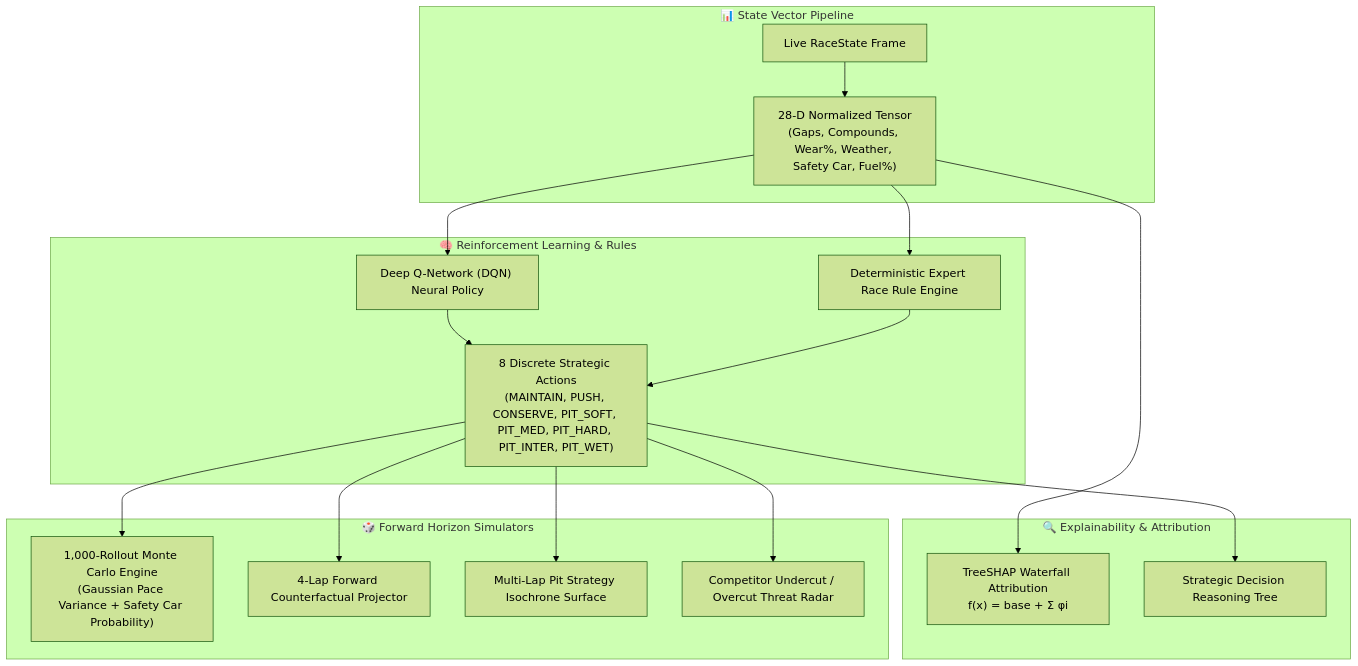
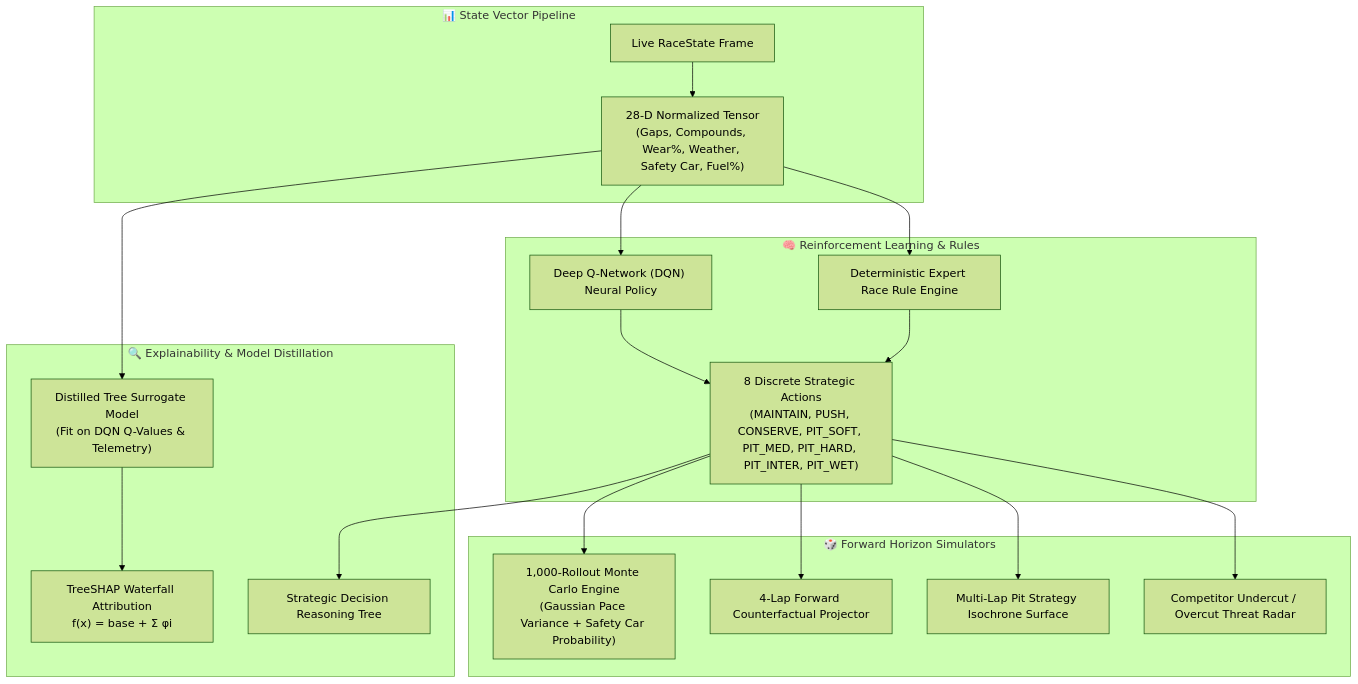
Before and after one commit to Susil-commits/F1-s-APEX----Autonomous-Predictive-EXecutive-Race-Intelligence-: the third of 6 diagrams in README.md, drawn with Mermaid (forest theme). The commit also changed other lines of this file and 20 other files, not shown here.

First line of the commit message:
feat: multi-action TreeSHAP distillation, live scenario injection, counterfactual forking, and multi-circuit benchmarks

````diff
--- a/README.md
+++ b/README.md
@@ -130,37 +130,39 @@
 ```mermaid
 flowchart TD
     subgraph InputVector ["📊 State Vector Pipeline"]
         RawState["Live RaceState Frame"]
         Feat28["28-D Normalized Tensor<br/>(Gaps, Compounds, Wear%, Weather, Safety Car, Fuel%)"]
         RawState --> Feat28
     end
 
     subgraph InferenceDecision ["🧠 Reinforcement Learning & Rules"]
         DQN["Deep Q-Network (DQN) Neural Policy"]
         RuleEng["Deterministic Expert Race Rule Engine"]
         ActionSpace["8 Discrete Strategic Actions<br/>(MAINTAIN, PUSH, CONSERVE, PIT_SOFT, PIT_MED, PIT_HARD, PIT_INTER, PIT_WET)"]
         Feat28 --> DQN
         Feat28 --> RuleEng
         DQN --> ActionSpace
         RuleEng --> ActionSpace
     end
 
-    subgraph ExplainabilityXAI ["🔍 Explainability & Attribution"]
+    subgraph ExplainabilityXAI ["🔍 Explainability & Model Distillation"]
+        DistilledSurrogate["Distilled Tree Surrogate Model<br/>(Fit on DQN Q-Values & Telemetry)"]
         SHAP["TreeSHAP Waterfall Attribution<br/>f(x) = base + &Sigma; &phi;i"]
         TreeReason["Strategic Decision Reasoning Tree"]
-        Feat28 --> SHAP
+        Feat28 --> DistilledSurrogate
+        DistilledSurrogate --> SHAP
         ActionSpace --> TreeReason
     end
 
     subgraph StochasticForward ["🎲 Forward Horizon Simulators"]
         MonteCarlo["1,000-Rollout Monte Carlo Engine<br/>(Gaussian Pace Variance + Safety Car Probability)"]
         Counterfactual["4-Lap Forward Counterfactual Projector"]
         IsochroneMatrix["Multi-Lap Pit Strategy Isochrone Surface"]
         ThreatRadar["Competitor Undercut / Overcut Threat Radar"]
         
         ActionSpace --> MonteCarlo
         ActionSpace --> Counterfactual
         ActionSpace --> IsochroneMatrix
         ActionSpace --> ThreatRadar
     end
 ```
````
